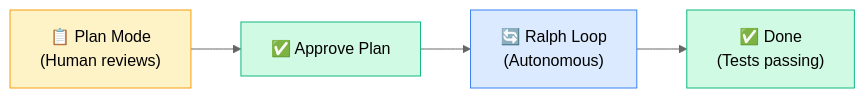
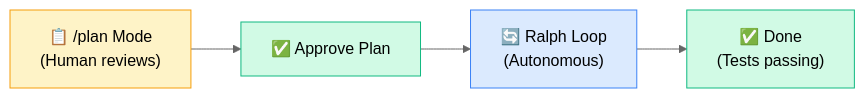
One commit to mariusjcb/gh-agentic-code-guides changed the third of 3 diagrams in Part 3 — Agentic Patterns/12-ralph-loops.md. Above: the diagram before and after it, drawn with Mermaid (neutral theme). The commit also changed other lines of this file, not shown here.

````diff
--- a/Part 3 — Agentic Patterns/12-ralph-loops.md
+++ b/Part 3 — Agentic Patterns/12-ralph-loops.md
@@ -255,11 +271,11 @@
 ```mermaid
 flowchart LR
-    P["📋 Plan Mode\n(Human reviews)"] --> A["✅ Approve Plan"]
+    P["📋 /plan Mode\n(Human reviews)"] --> A["✅ Approve Plan"]
     A --> R["🔄 Ralph Loop\n(Autonomous)"]
     R --> D["✅ Done\n(Tests passing)"]
 
     style P fill:#fef3c7,stroke:#f59e0b
     style A fill:#d1fae5,stroke:#10b981
     style R fill:#dbeafe,stroke:#3b82f6
     style D fill:#d1fae5,stroke:#10b981
 ```
````
